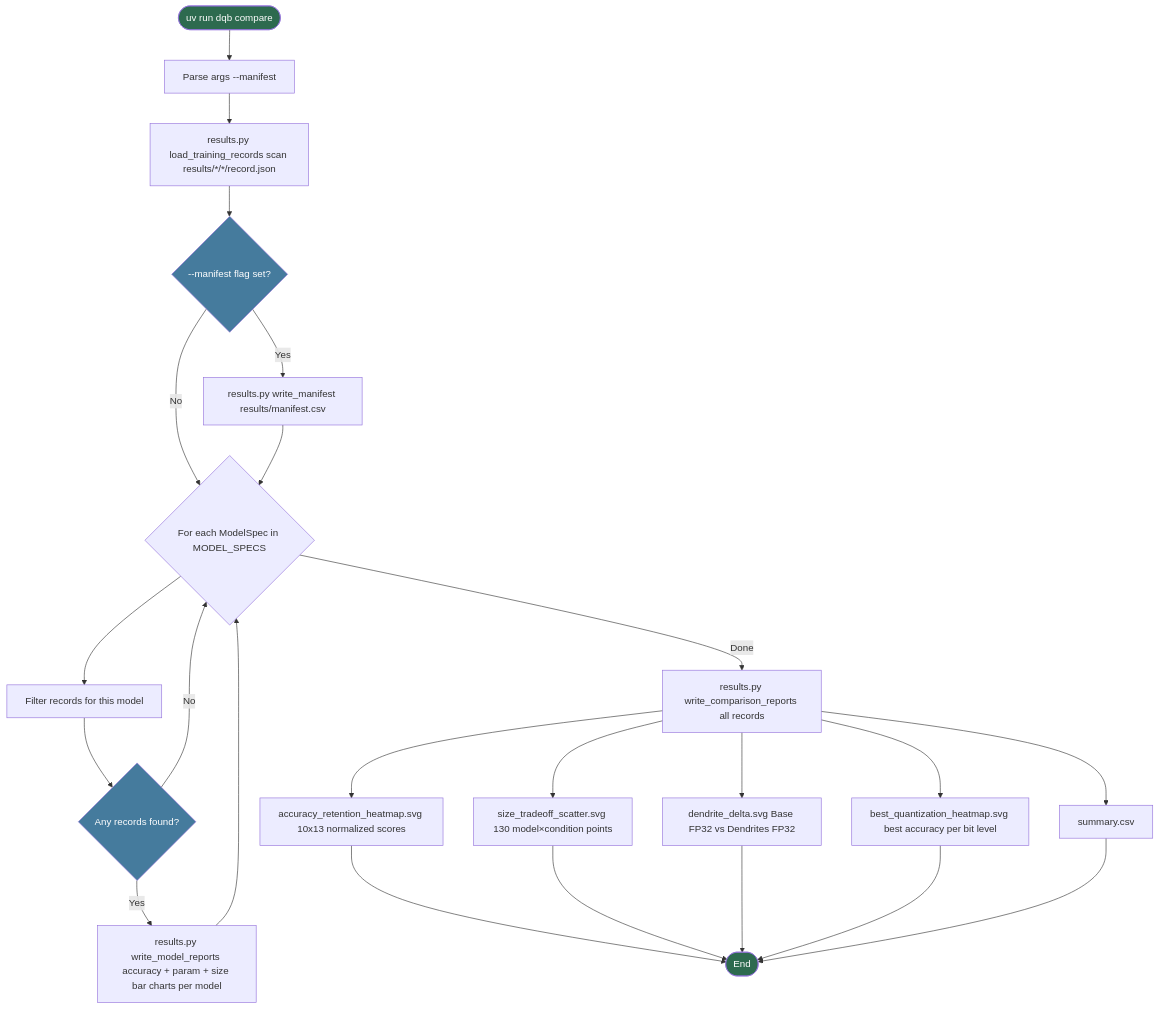
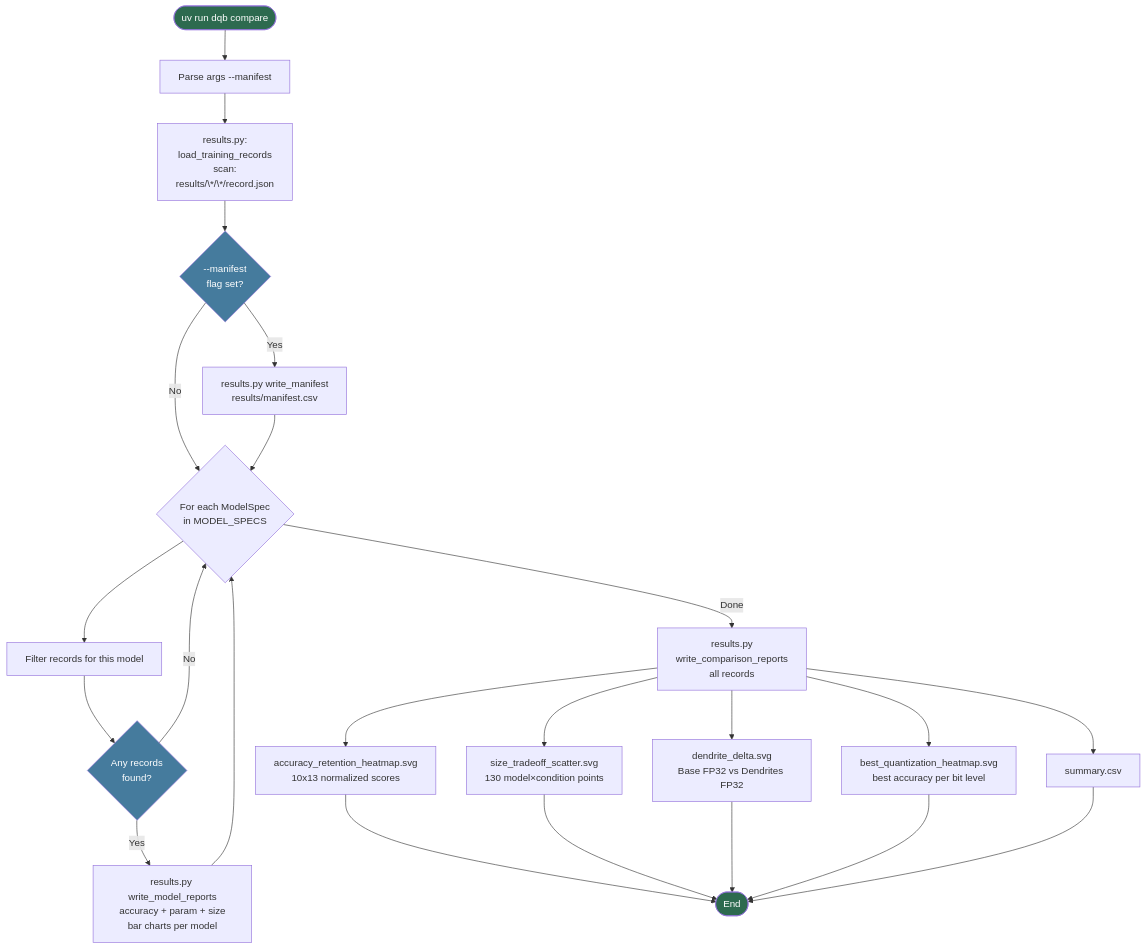
Before and after one commit to VG-Fish/PerforatedAI-Quantization-Experiment: the fourth of 6 diagrams in information/CLI_DIAGRAMS.md, drawn with Mermaid. The commit also changed other lines of this file, not shown here.

Commit message:
update mermaid diagrams to be more clear

````diff
--- a/information/CLI_DIAGRAMS.md
+++ b/information/CLI_DIAGRAMS.md
@@ -148,26 +161,26 @@
 ```mermaid
 flowchart TD
-    A([uv run dqb compare]) --> B[Parse args --manifest]
-    B --> C[results.py load_training_records scan results/*/*/record.json]
-    C --> D{--manifest flag set?}
-    D -- Yes --> E[results.py write_manifest results/manifest.csv]
-    D -- No --> F
-    E --> F{For each ModelSpec in MODEL_SPECS}
-    F --> G[Filter records for this model]
-    G --> H{Any records found?}
-    H -- Yes --> I[results.py write_model_reports accuracy + param + size bar charts per model]
-    H -- No --> F
+    A([uv run dqb compare]) --> B["Parse args --manifest"]
+    B --> C["results.py:<br>load_training_records<br>scan:<br>results/\*/\*/record.json"]
+    C --> D{"--manifest<br>flag set?"}
+    D -->|Yes| E["results.py write_manifest<br>results/manifest.csv"]
+    D -->|No| F{"For each ModelSpec<br>in MODEL_SPECS"}
+    E --> F
+    F --> G["Filter records for this model"]
+    G --> H{"Any records<br>found?"}
+    H -->|Yes| I["results.py write_model_reports<br>accuracy + param + size<br>bar charts per model"]
+    H -->|No| F
     I --> F
-    F -- Done --> J[results.py write_comparison_reports all records]
-    J --> K[accuracy_retention_heatmap.svg 10x13 normalized scores]
-    J --> L[size_tradeoff_scatter.svg 130 model×condition points]
-    J --> M[dendrite_delta.svg Base FP32 vs Dendrites FP32]
-    J --> N[best_quantization_heatmap.svg best accuracy per bit level]
+    F -->|Done| J["results.py<br>write_comparison_reports<br>all records"]
+    J --> K["accuracy_retention_heatmap.svg<br>10x13 normalized scores"]
+    J --> L["size_tradeoff_scatter.svg<br>130 model×condition points"]
+    J --> M["dendrite_delta.svg<br>Base FP32 vs Dendrites FP32"]
+    J --> N["best_quantization_heatmap.svg<br>best accuracy per bit level"]
     J --> O[summary.csv]
     K & L & M & N & O --> ZZ([End])
 
     style A fill:#2d6a4f,color:#fff
     style ZZ fill:#2d6a4f,color:#fff
     style D fill:#457b9d,color:#fff
     style H fill:#457b9d,color:#fff
 ```
````
